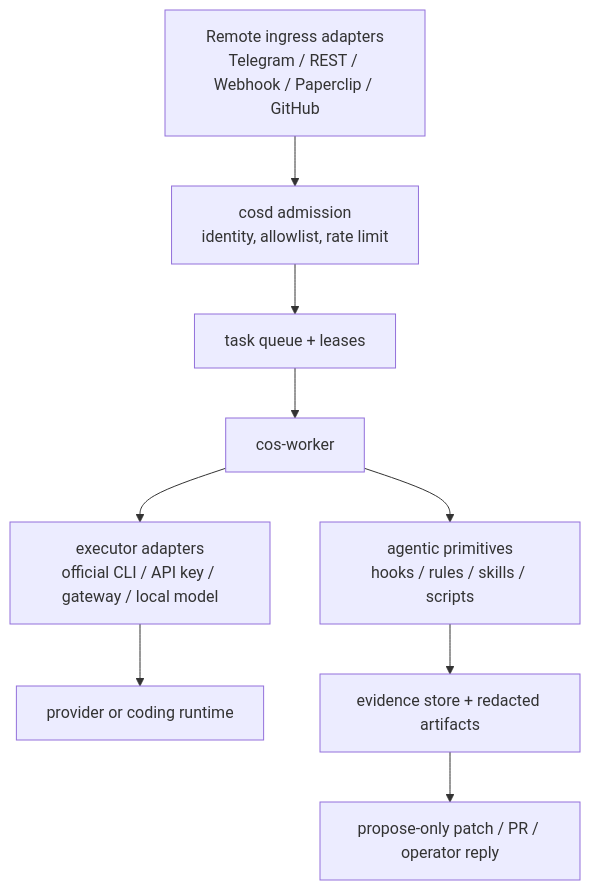
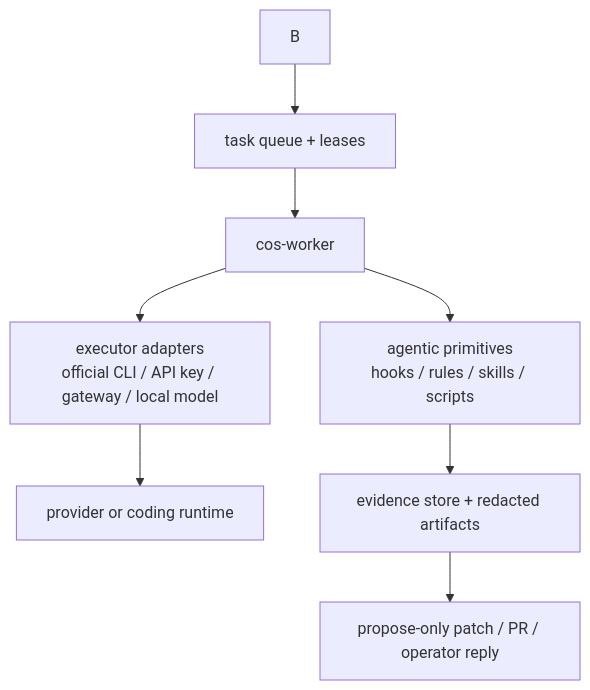
Before and after one commit to Luum-Home/luum-cognitive-os: the diagram in docs/reports/remote-control-plane-alternatives-2026-05-05.md, drawn with Mermaid. The commit also changed other lines of this file and 173 other files, not shown here.

````diff
--- a/docs/reports/remote-control-plane-alternatives-2026-05-05.md
+++ b/docs/reports/remote-control-plane-alternatives-2026-05-05.md
@@ -101,11 +97,10 @@
 ```mermaid
 flowchart TD
-  A["Remote ingress adapters\nTelegram / REST / Webhook / Paperclip / GitHub"] --> B["cosd admission\nidentity, allowlist, rate limit"]
   B --> C["task queue + leases"]
   C --> D["cos-worker"]
   D --> E["executor adapters\nofficial CLI / API key / gateway / local model"]
   D --> F["agentic primitives\nhooks / rules / skills / scripts"]
   E --> G["provider or coding runtime"]
   F --> H["evidence store + redacted artifacts"]
   H --> I["propose-only patch / PR / operator reply"]
 ```
````
